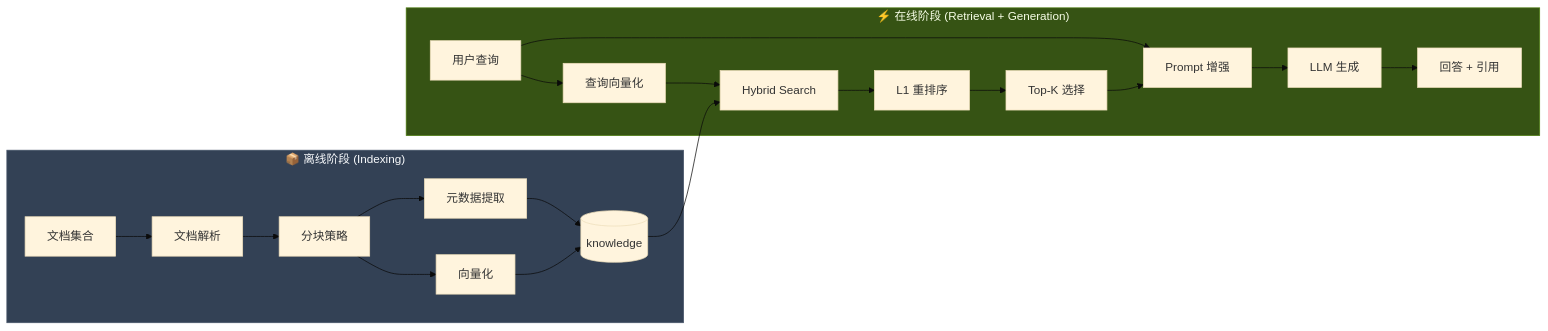
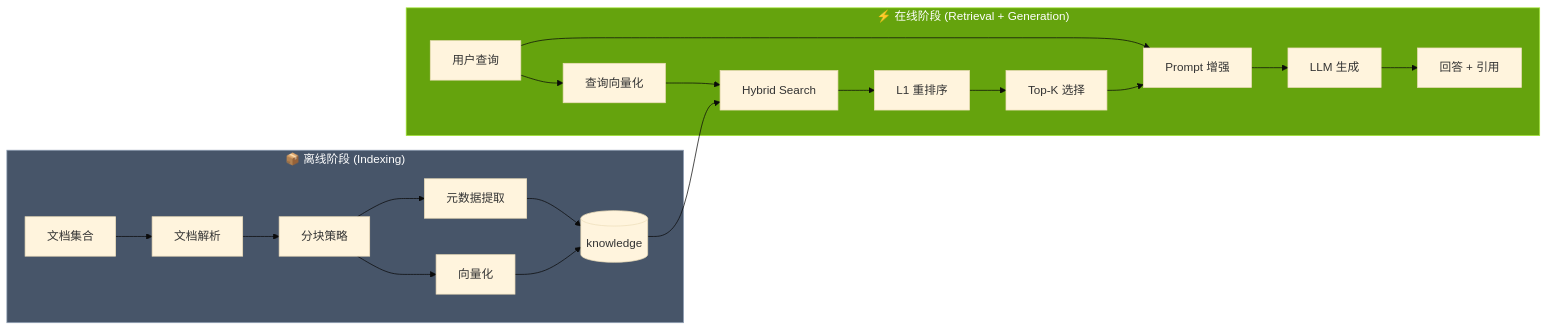
One commit to ThreeFish-AI/agentic-ai-papers changed the fifth of 12 diagrams in docs/engine/030-the-perception.md. Above: the diagram before and after it, drawn with Mermaid (base theme). The commit also changed other lines of this file, not shown here.

First line of the commit message:
docs(perception): 优化 Mermaid 图表样式;

````diff
--- a/docs/engine/030-the-perception.md
+++ b/docs/engine/030-the-perception.md
@@ -651,26 +657,26 @@
 ```mermaid
 flowchart LR
     subgraph 离线阶段["📦 离线阶段 (Indexing)"]
         D[文档集合] --> Parse[文档解析]
         Parse --> Chunk[分块策略]
         Chunk --> Embed[向量化]
         Embed --> Index[(knowledge)]
         Chunk --> Meta[元数据提取]
         Meta --> Index
     end
 
     subgraph 在线阶段["⚡ 在线阶段 (Retrieval + Generation)"]
         Q[用户查询] --> QEmbed[查询向量化]
         QEmbed --> Search[Hybrid Search]
         Index --> Search
         Search --> Rerank[L1 重排序]
         Rerank --> Select[Top-K 选择]
         Select --> Augment[Prompt 增强]
         Q --> Augment
         Augment --> LLM[LLM 生成]
         LLM --> Answer[回答 + 引用]
     end
 
-    style 离线阶段 fill:#334155,stroke:#475569,color:#f8fafc
-    style 在线阶段 fill:#365314,stroke:#4d7c0f,color:#f7fee7
+    style 离线阶段 fill:#475569,stroke:#94a3b8,color:#fff
+    style 在线阶段 fill:#65a30d,stroke:#a3e635,color:#fff
 ```
````
